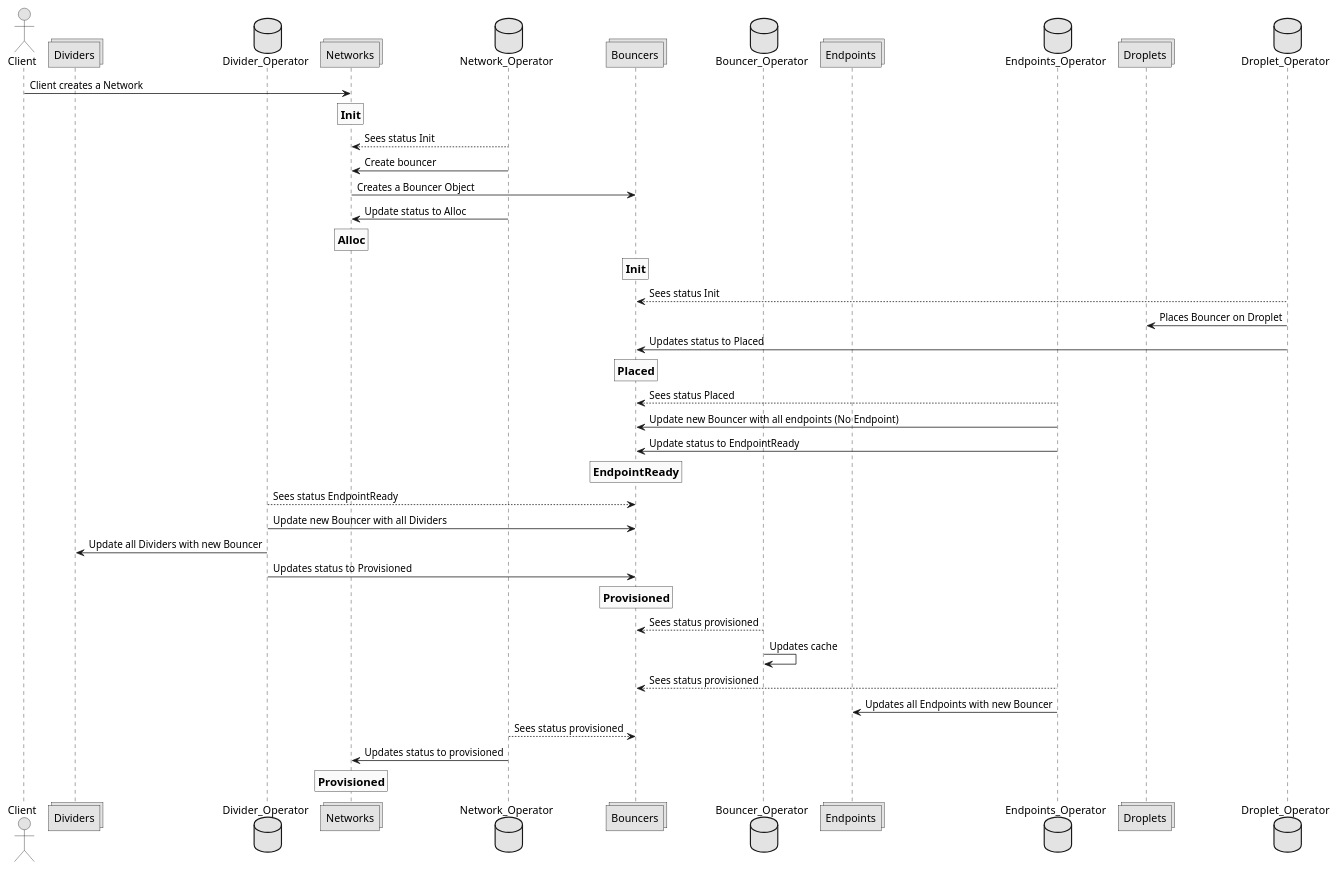
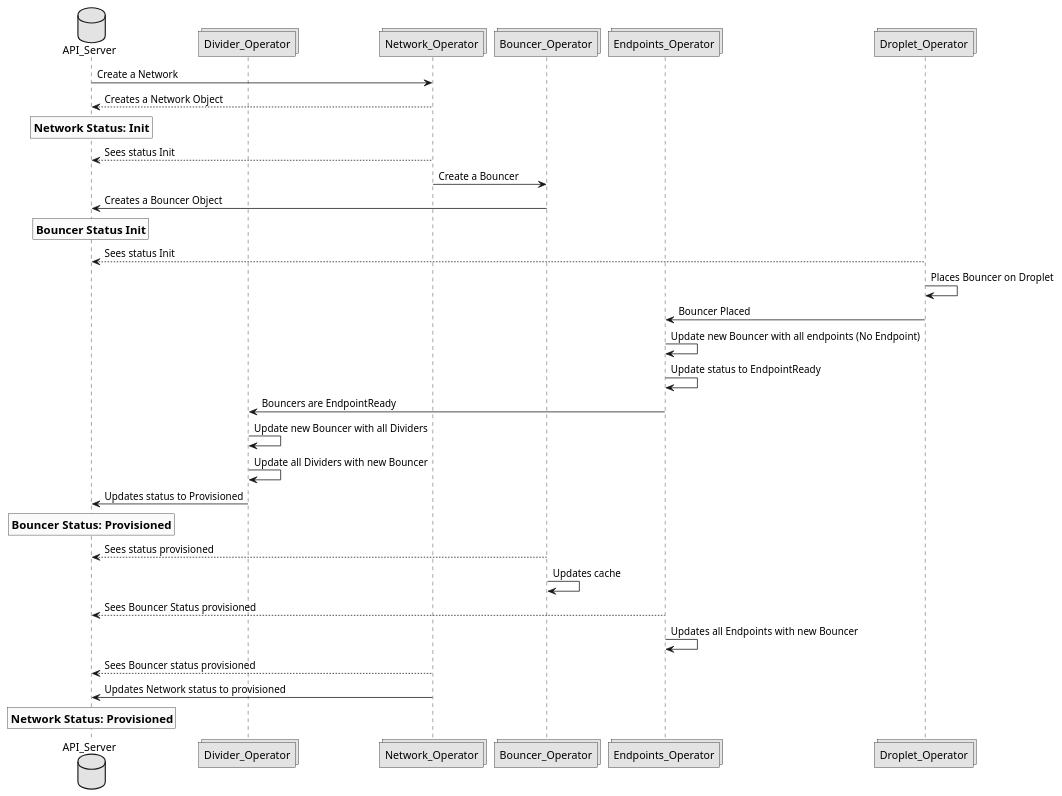
Before and after one commit to CentaurusInfra/mizar: the diagram in Documentation/design/figures/create_network_workflow.puml, drawn with PlantUML. The commit also changed 5 other files, not shown here.

Commit message:
Update to workflow diagrams

```diff
--- a/Documentation/design/figures/create_network_workflow.puml
+++ b/Documentation/design/figures/create_network_workflow.puml
@@ -1,45 +1,38 @@
 @startuml
 
 skinparam monochrome true
 
-actor Client
-collections Dividers
-database Divider_Operator
-collections Networks
-database Network_Operator
-collections Bouncers
-database Bouncer_Operator
-collections Endpoints
-database Endpoints_Operator
-collections Droplets
-database Droplet_Operator
+database API_Server
+collections Divider_Operator
+collections Network_Operator
+collections Bouncer_Operator
+collections Endpoints_Operator
+collections Droplet_Operator
 
-Client -> Networks: Client creates a Network
-rnote over Networks: ==Init
-Network_Operator --> Networks: Sees status Init
-Network_Operator -> Networks: Create bouncer
-Networks -> Bouncers: Creates a Bouncer Object
-Network_Operator -> Networks: Update status to Alloc
-rnote over Networks: ==Alloc
-rnote over Bouncers: ==Init
-Droplet_Operator --> Bouncers: Sees status Init
-Droplet_Operator -> Droplets: Places Bouncer on Droplet
-Droplet_Operator -> Bouncers: Updates status to Placed
-rnote over Bouncers: ==Placed
-Endpoints_Operator --> Bouncers: Sees status Placed
-Endpoints_Operator -> Bouncers: Update new Bouncer with all endpoints (No Endpoint)
-Endpoints_Operator -> Bouncers: Update status to EndpointReady
-rnote over Bouncers: ==EndpointReady
-Divider_Operator --> Bouncers: Sees status EndpointReady
-Divider_Operator -> Bouncers: Update new Bouncer with all Dividers
-Divider_Operator -> Dividers: Update all Dividers with new Bouncer
-Divider_Operator -> Bouncers: Updates status to Provisioned
-rnote over Bouncers: ==Provisioned
-Bouncer_Operator --> Bouncers: Sees status provisioned
+API_Server -> Network_Operator: Create a Network
+Network_Operator --> API_Server: Creates a Network Object
+rnote over API_Server: ==Network Status: Init
+Network_Operator --> API_Server: Sees status Init
+Network_Operator -> Bouncer_Operator: Create a Bouncer
+Bouncer_Operator -> API_Server: Creates a Bouncer Object
+rnote over API_Server: ==Bouncer Status Init
+Droplet_Operator --> API_Server: Sees status Init
+Droplet_Operator -> Droplet_Operator: Places Bouncer on Droplet
+
+Droplet_Operator -> Endpoints_Operator: Bouncer Placed
+Endpoints_Operator -> Endpoints_Operator: Update new Bouncer with all endpoints (No Endpoint)
+Endpoints_Operator -> Endpoints_Operator: Update status to EndpointReady
+Endpoints_Operator -> Divider_Operator: Bouncers are EndpointReady
+Divider_Operator -> Divider_Operator: Update new Bouncer with all Dividers
+Divider_Operator -> Divider_Operator: Update all Dividers with new Bouncer
+Divider_Operator -> API_Server: Updates status to Provisioned
+rnote over API_Server: == Bouncer Status: Provisioned
+
+Bouncer_Operator --> API_Server: Sees status provisioned
 Bouncer_Operator -> Bouncer_Operator: Updates cache
-Endpoints_Operator --> Bouncers: Sees status provisioned
-Endpoints_Operator -> Endpoints: Updates all Endpoints with new Bouncer
-Network_Operator --> Bouncers: Sees status provisioned
-Network_Operator -> Networks: Updates status to provisioned
-rnote over Networks: ==Provisioned
+Endpoints_Operator --> API_Server: Sees Bouncer Status provisioned
+Endpoints_Operator -> Endpoints_Operator: Updates all Endpoints with new Bouncer
+Network_Operator --> API_Server: Sees Bouncer status provisioned
+Network_Operator -> API_Server: Updates Network status to provisioned
+rnote over API_Server: == Network Status: Provisioned
 @enduml
```
